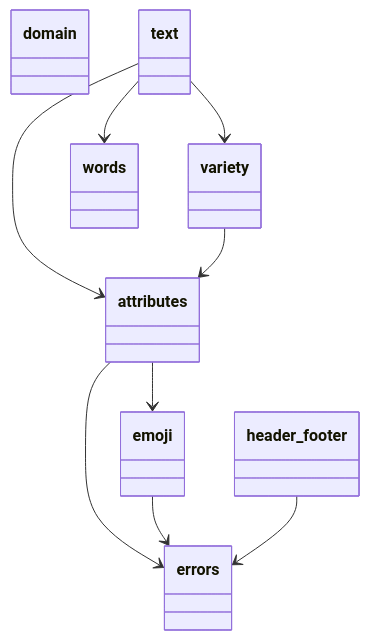
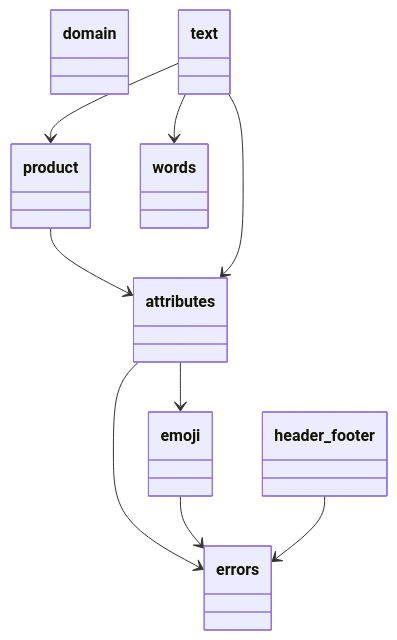
The first of 4 diagrams in docs/architecture/generated/classes/catalog.md (GonzaloZevallos/apostrophe), drawn with Mermaid before and after one commit. The commit also changed other lines of this file and 16 other files, not shown here.

Commit message:
Generated docs: front module graph and the refreshed class diagrams

````diff
--- a/docs/architecture/generated/classes/catalog.md
+++ b/docs/architecture/generated/classes/catalog.md
@@ -11,27 +11,27 @@
 ```mermaid
 classDiagram
   class attributes {
   }
   class domain {
   }
   class emoji {
   }
   class errors {
   }
   class header_footer {
   }
+  class product {
+  }
   class text {
-  }
-  class variety {
   }
   class words {
   }
   attributes --> emoji
   attributes --> errors
   emoji --> errors
   header_footer --> errors
+  product --> attributes
   text --> attributes
-  text --> variety
+  text --> product
   text --> words
-  variety --> attributes
 ```
````
